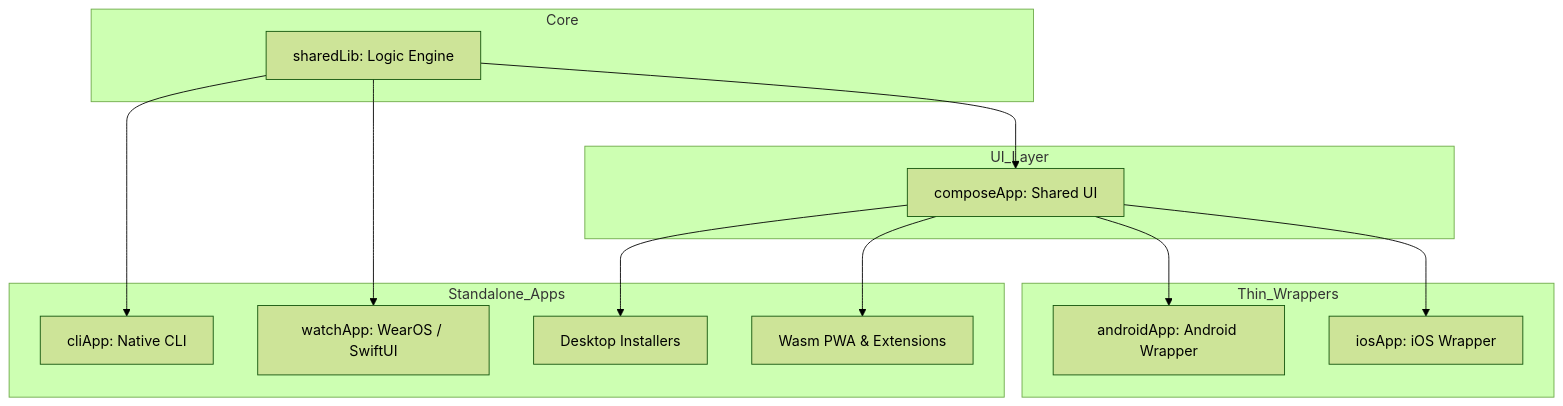
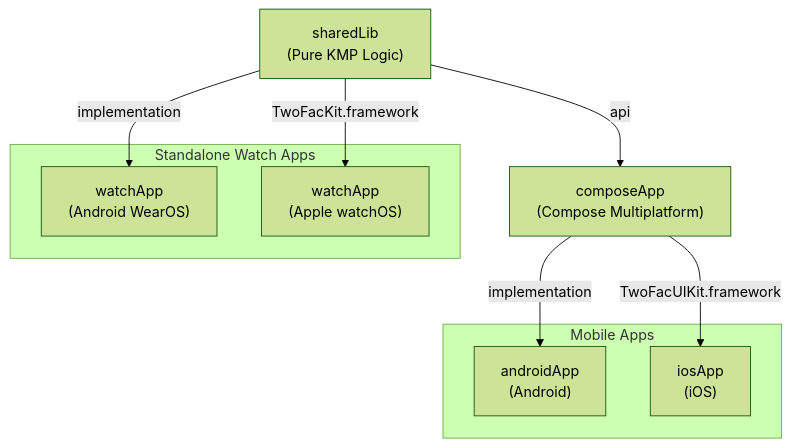
Before and after one commit to championswimmer/TwoFac: the second of 3 diagrams in docs/blogs/01-kmp-module-structure.md, drawn with Mermaid (forest theme). The commit also changed other lines of this file, not shown here.

Commit message:
add blog update diagram

````diff
--- a/docs/blogs/01-kmp-module-structure.md
+++ b/docs/blogs/01-kmp-module-structure.md
@@ -45,31 +81,23 @@
 ```mermaid
 graph TD
-    subgraph Core
-        sharedLib[sharedLib: Logic Engine]
+    sharedLib["sharedLib<br/>(Pure KMP Logic)"]
+    composeApp["composeApp<br/>(Compose Multiplatform)"]
+    
+    sharedLib -->|api| composeApp
+
+    subgraph Mobile Apps
+        androidApp["androidApp<br/>(Android)"]
+        iosApp["iosApp<br/>(iOS)"]
     end
 
-    subgraph UI_Layer
-        composeApp[composeApp: Shared UI]
+    subgraph Standalone Watch Apps
+        wearApp["watchApp<br/>(Android WearOS)"]
+        appleWatch["watchApp<br/>(Apple watchOS)"]
     end
 
-    subgraph Thin_Wrappers
-        androidApp[androidApp: Android Wrapper]
-        iosApp[iosApp: iOS Wrapper]
-    end
-
-    subgraph Standalone_Apps
-        cliApp[cliApp: Native CLI]
-        watchApp[watchApp: WearOS / SwiftUI]
-        desktopApp[Desktop Installers]
-        webApp[Wasm PWA & Extensions]
-    end
-
-    sharedLib --> composeApp
-    sharedLib --> cliApp
-    sharedLib --> watchApp
+    composeApp -->|implementation| androidApp
+    composeApp -->|TwoFacUIKit.framework| iosApp
     
-    composeApp --> androidApp
-    composeApp --> iosApp
-    composeApp --> desktopApp
-    composeApp --> webApp
+    sharedLib -->|implementation| wearApp
+    sharedLib -->|TwoFacKit.framework| appleWatch
 ```
````
